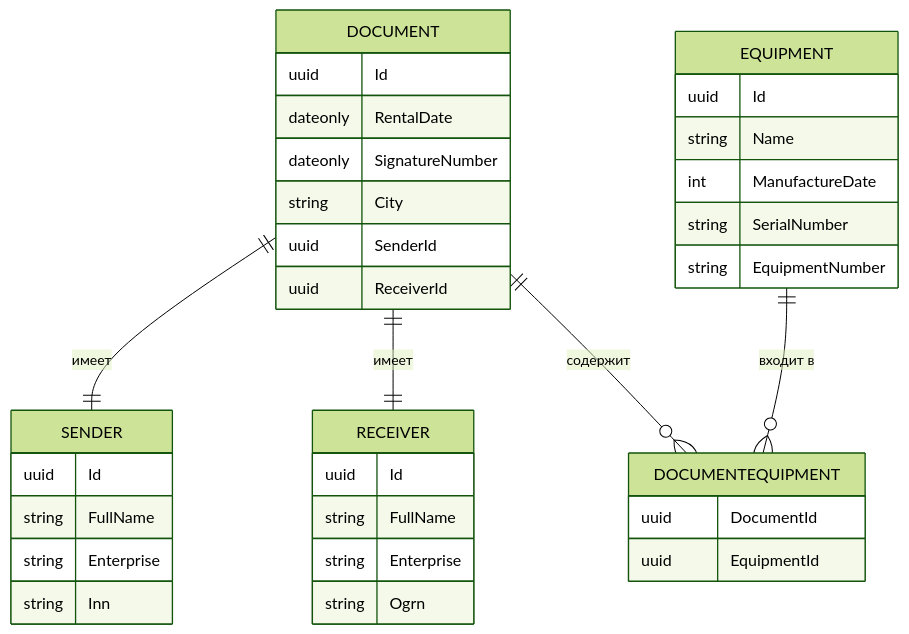
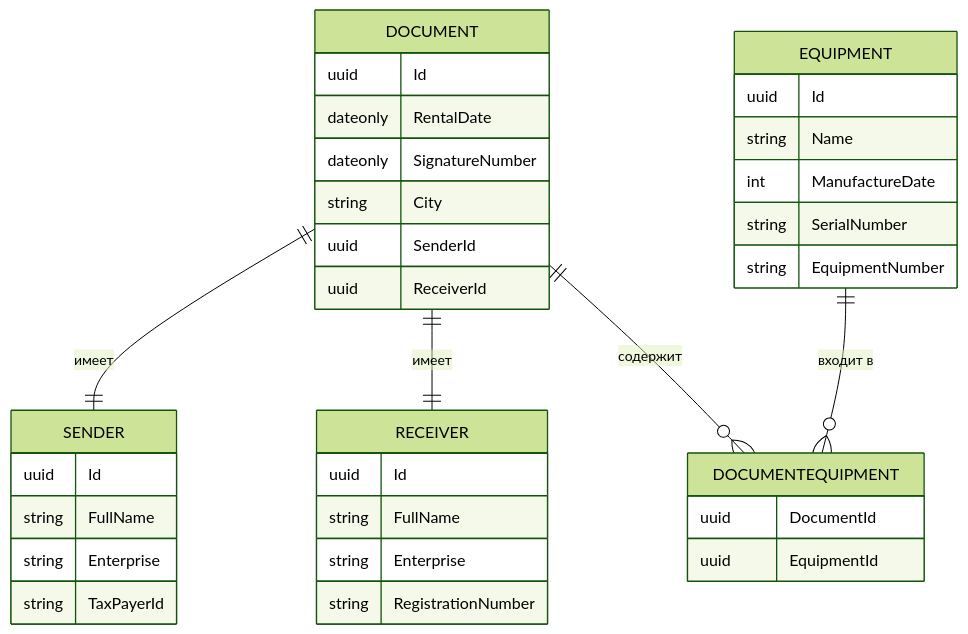
One commit to vaymanbanger/EquipHandover changed the diagram in README.md. Above: the diagram before and after it, drawn with Mermaid (forest theme). The commit also changed other lines of this file, not shown here.

````diff
--- a/README.md
+++ b/README.md
@@ -4,43 +4,43 @@
 ```mermaid
 erDiagram
     DOCUMENT {
         uuid Id
         dateonly RentalDate
         dateonly SignatureNumber
         string City
         uuid SenderId
         uuid ReceiverId
     }
     
     SENDER {
         uuid Id
         string FullName
         string Enterprise
-        string Inn
+        string TaxPayerId
     }
     
     RECEIVER {
         uuid Id
         string FullName
         string Enterprise
-        string Ogrn
+        string RegistrationNumber
     }
     
     EQUIPMENT {
         uuid Id
         string Name
         int ManufactureDate
         string SerialNumber
         string EquipmentNumber
     }
     
     DOCUMENTEQUIPMENT {
         uuid DocumentId
         uuid EquipmentId
     }
     
     DOCUMENT ||--|| SENDER : "имеет"
     DOCUMENT ||--|| RECEIVER : "имеет"
     DOCUMENT ||--o{ DOCUMENTEQUIPMENT : "содержит"
     EQUIPMENT ||--o{ DOCUMENTEQUIPMENT : "входит в"
 ```
````
